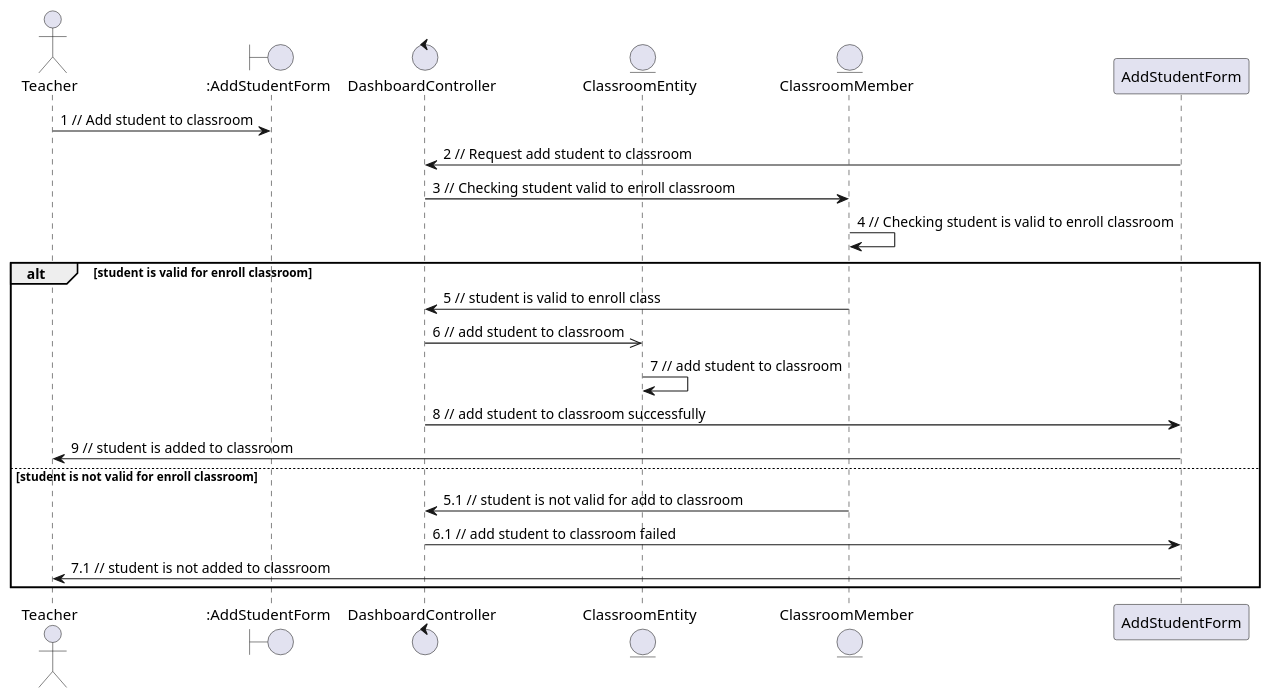
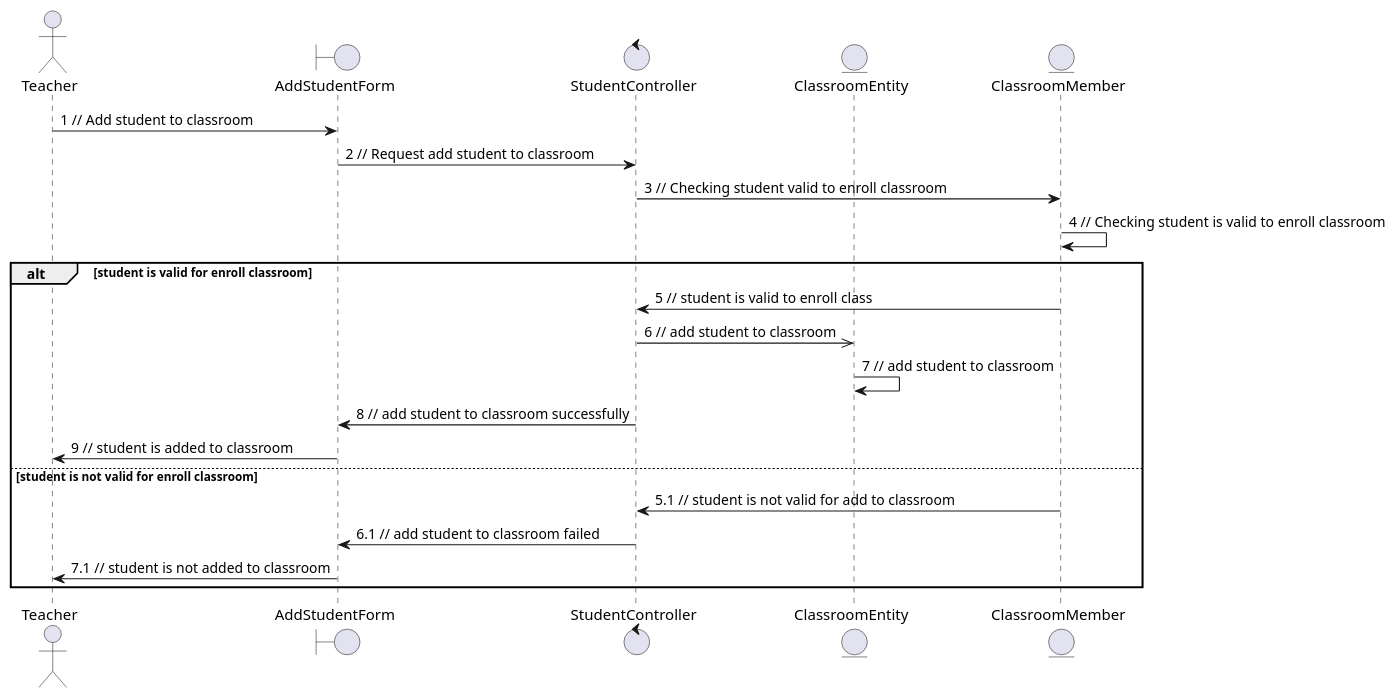
One commit to anonyhostvn/OOAD-Diagram changed the diagram in addStudent.plantuml. Above: the diagram before and after it, drawn with PlantUML. The commit also changed 4 other files, not shown here.

Commit message:
done view student && fix controller

```diff
--- a/addStudent.plantuml
+++ b/addStudent.plantuml
@@ -1,26 +1,26 @@
 @startuml addStudent
 
 actor Teacher
-boundary ":AddStudentForm"
-control DashboardController
+boundary AddStudentForm
+control StudentController
 entity ClassroomEntity
 entity ClassroomMember
 
-Teacher -> ":AddStudentForm": 1 // Add student to classroom
-AddStudentForm -> DashboardController: 2 // Request add student to classroom
-DashboardController -> ClassroomMember: 3 // Checking student valid to enroll classroom
+Teacher -> AddStudentForm: 1 // Add student to classroom
+AddStudentForm -> StudentController: 2 // Request add student to classroom
+StudentController -> ClassroomMember: 3 // Checking student valid to enroll classroom
 ClassroomMember -> ClassroomMember: 4 // Checking student is valid to enroll classroom
 alt student is valid for enroll classroom
-    ClassroomMember -> DashboardController: 5 // student is valid to enroll class
-    DashboardController ->> ClassroomEntity: 6 // add student to classroom
+    ClassroomMember -> StudentController: 5 // student is valid to enroll class
+    StudentController ->> ClassroomEntity: 6 // add student to classroom
     ClassroomEntity -> ClassroomEntity: 7 // add student to classroom
-    DashboardController -> AddStudentForm: 8 // add student to classroom successfully
+    StudentController -> AddStudentForm: 8 // add student to classroom successfully
     AddStudentForm -> Teacher: 9 // student is added to classroom
 
 else student is not valid for enroll classroom
-    ClassroomMember -> DashboardController: 5.1 // student is not valid for add to classroom
-    DashboardController -> AddStudentForm: 6.1 // add student to classroom failed
+    ClassroomMember -> StudentController: 5.1 // student is not valid for add to classroom
+    StudentController -> AddStudentForm: 6.1 // add student to classroom failed
     AddStudentForm -> Teacher: 7.1 // student is not added to classroom
 end
 
 @enduml
```
